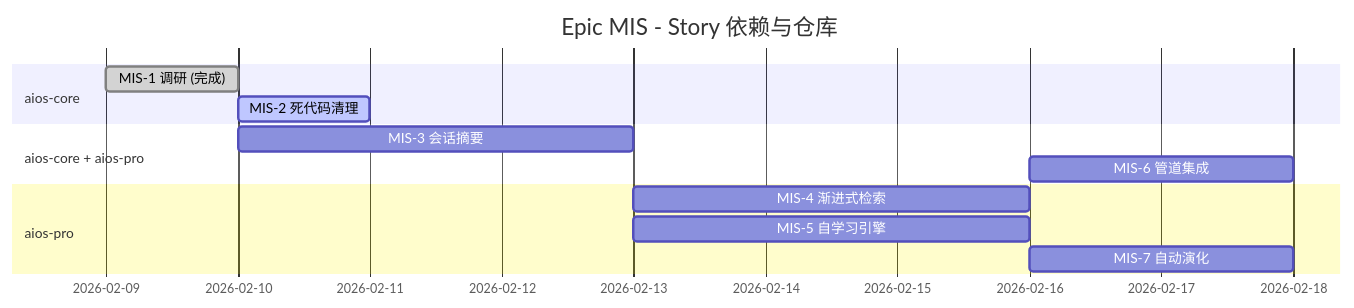
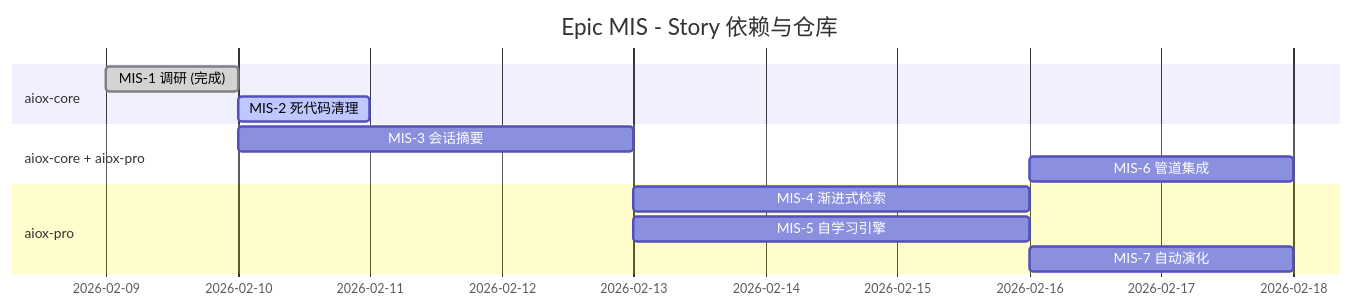
Diagram 11 of 11 in docs/zh/guides/MEMORY-INTELLIGENCE-SYSTEM.md (brunajunckes/aiox-core), drawn with Mermaid before and after one commit. The commit also changed other lines of this file and 3396 other files, not shown here.

First line of the commit message:
chore: rebrand aios → aiox across entire codebase (#552)

````diff
--- a/docs/zh/guides/MEMORY-INTELLIGENCE-SYSTEM.md
+++ b/docs/zh/guides/MEMORY-INTELLIGENCE-SYSTEM.md
@@ -1021,18 +1021,18 @@
 ```mermaid
 gantt
     title Epic MIS - Story 依赖与仓库
     dateFormat YYYY-MM-DD
 
-    section aios-core
+    section aiox-core
     MIS-1 调研 (完成)           :done, mis1, 2026-02-09, 1d
     MIS-2 死代码清理              :active, mis2, after mis1, 1d
 
-    section aios-core + aios-pro
+    section aiox-core + aiox-pro
     MIS-3 会话摘要                 :mis3, after mis1, 3d
     MIS-6 管道集成           :mis6, after mis4, 2d
 
-    section aios-pro
+    section aiox-pro
     MIS-4 渐进式检索          :mis4, after mis3, 3d
     MIS-5 自学习引擎           :mis5, after mis3, 3d
     MIS-7 自动演化                 :mis7, after mis5, 2d
 ```
````
